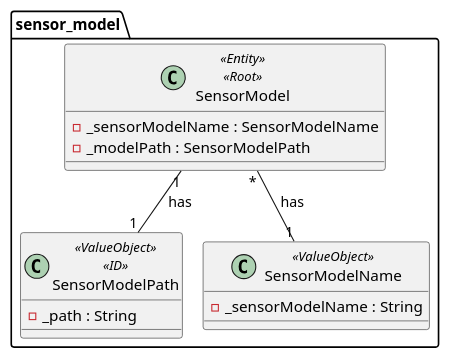
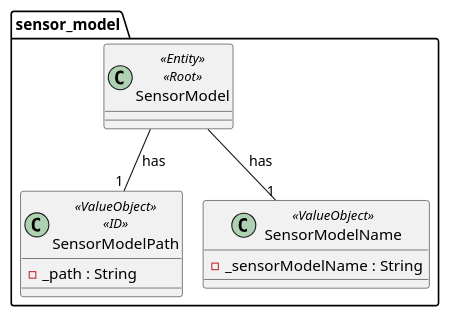
Before and after one commit to olivDiogo/SmartHome: the diagram in docs/ooa/4.agreggateModels/SensorModel.puml, drawn with PlantUML. The commit also changed 10 other files, not shown here.

```diff
--- a/docs/ooa/4.agreggateModels/SensorModel.puml
+++ b/docs/ooa/4.agreggateModels/SensorModel.puml
@@ -1,22 +1,20 @@
 @startuml
 !pragma layout smetana
 
 package sensor_model{
 
     class SensorModel <<Entity>> <<Root>>{
-    - _sensorModelName : SensorModelName
-    - _modelPath : SensorModelPath
     }
 
      class SensorModelPath <<ValueObject>><<ID>>{
         - _path : String
      }
      class SensorModelName <<ValueObject>>{
         - _sensorModelName : String
      }
 }
 
-SensorModel "1" -- "1" SensorModelPath : has
-SensorModel "*" -- "1" SensorModelName : has
+SensorModel  -- "1" SensorModelPath : has
+SensorModel  -- "1" SensorModelName : has
 
 @enduml
```
